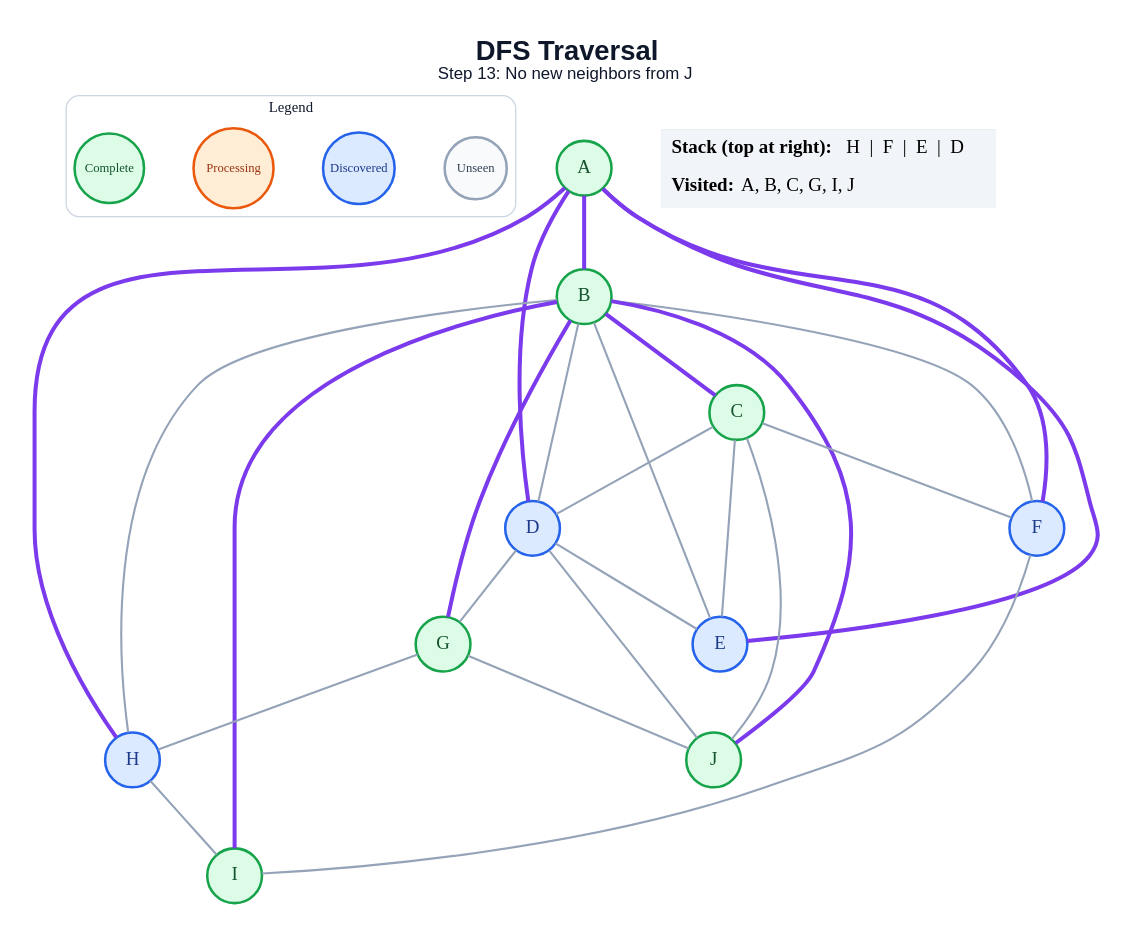
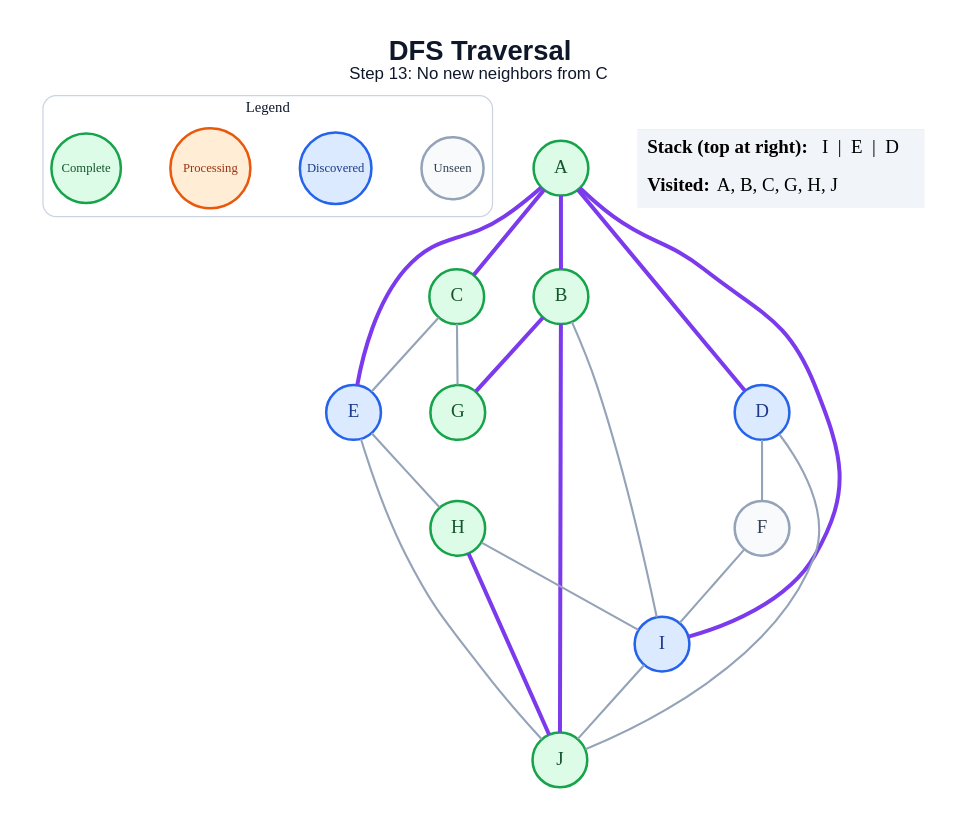
One commit to amanghodawala9/ai-slop changed the diagram in generated/dfs/step_13.dot. Above: the diagram before and after it, drawn with Graphviz. The commit also changed 178 other files, not shown here.

```diff
--- a/generated/dfs/step_13.dot
+++ b/generated/dfs/step_13.dot
@@ -1,53 +1,47 @@
 graph traversal {
   graph [layout=dot, rankdir=TB, bgcolor="#FFFFFF", pad="0.35", nodesep="0.65", ranksep="0.8", fontname="Arial"];
   node [shape=circle, style="filled", fontname="Arial Bold", fontsize=18, width=0.72, fixedsize=true, penwidth=2.4];
   edge [color="#94A3B8", penwidth=2.0];
-  label=<<B>DFS Traversal</B><BR/><FONT POINT-SIZE="16">Step 13: No new neighbors from J</FONT>>; labelloc="t"; fontsize=26; fontname="Arial"; fontcolor="#0F172A";
+  label=<<B>DFS Traversal</B><BR/><FONT POINT-SIZE="16">Step 13: No new neighbors from C</FONT>>; labelloc="t"; fontsize=26; fontname="Arial"; fontcolor="#0F172A";
   subgraph cluster_legend { label="Legend"; color="#CBD5E1"; penwidth=1.2; style="rounded"; fontsize=14; fontname="Arial Bold";
     key_unseen [label="Unseen", fillcolor="#F8FAFC", color="#94A3B8", fontcolor="#334155", fontsize=12, width=0.82];
     key_frontier [label="Discovered", fillcolor="#DBEAFE", color="#2563EB", fontcolor="#1E3A8A", fontsize=12, width=0.95];
     key_current [label="Processing", fillcolor="#FFEDD5", color="#EA580C", fontcolor="#9A3412", fontsize=12, width=1.05];
     key_done [label="Complete", fillcolor="#DCFCE7", color="#16A34A", fontcolor="#14532D", fontsize=12, width=0.92];
     { rank=same; key_unseen; key_frontier; key_current; key_done; }
   }
   A [fillcolor="#DCFCE7", color="#16A34A", fontcolor="#14532D"];
   B [fillcolor="#DCFCE7", color="#16A34A", fontcolor="#14532D"];
   C [fillcolor="#DCFCE7", color="#16A34A", fontcolor="#14532D"];
   D [fillcolor="#DBEAFE", color="#2563EB", fontcolor="#1E3A8A"];
   E [fillcolor="#DBEAFE", color="#2563EB", fontcolor="#1E3A8A"];
-  F [fillcolor="#DBEAFE", color="#2563EB", fontcolor="#1E3A8A"];
+  F [fillcolor="#F8FAFC", color="#94A3B8", fontcolor="#334155"];
   G [fillcolor="#DCFCE7", color="#16A34A", fontcolor="#14532D"];
-  H [fillcolor="#DBEAFE", color="#2563EB", fontcolor="#1E3A8A"];
-  I [fillcolor="#DCFCE7", color="#16A34A", fontcolor="#14532D"];
+  H [fillcolor="#DCFCE7", color="#16A34A", fontcolor="#14532D"];
+  I [fillcolor="#DBEAFE", color="#2563EB", fontcolor="#1E3A8A"];
   J [fillcolor="#DCFCE7", color="#16A34A", fontcolor="#14532D"];
   A -- B [color="#7C3AED", penwidth=3.8];
+  A -- C [color="#7C3AED", penwidth=3.8];
   A -- D [color="#7C3AED", penwidth=3.8];
   A -- E [color="#7C3AED", penwidth=3.8];
-  A -- F [color="#7C3AED", penwidth=3.8];
-  A -- H [color="#7C3AED", penwidth=3.8];
-  B -- C [color="#7C3AED", penwidth=3.8];
-  B -- D;
-  B -- E;
-  B -- F;
+  A -- I [color="#7C3AED", penwidth=3.8];
   B -- G [color="#7C3AED", penwidth=3.8];
-  B -- H;
-  B -- I [color="#7C3AED", penwidth=3.8];
+  B -- I;
   B -- J [color="#7C3AED", penwidth=3.8];
-  C -- D;
   C -- E;
-  C -- F;
-  C -- J;
-  D -- E;
-  D -- G;
+  C -- G;
+  D -- F;
   D -- J;
+  E -- H;
+  E -- J;
   F -- I;
-  G -- H;
-  G -- J;
   H -- I;
+  H -- J [color="#7C3AED", penwidth=3.8];
+  I -- J;
   status [shape=plain, fixedsize=false, width=0, height=0, margin=0, label=<
     <TABLE BORDER="0" CELLBORDER="0" CELLPADDING="7" BGCOLOR="#F1F5F9">
-      <TR><TD ALIGN="LEFT"><B>Stack (top at right):</B> H  |  F  |  E  |  D</TD></TR>
-      <TR><TD ALIGN="LEFT"><B>Visited:</B> A, B, C, G, I, J</TD></TR>
+      <TR><TD ALIGN="LEFT"><B>Stack (top at right):</B> I  |  E  |  D</TD></TR>
+      <TR><TD ALIGN="LEFT"><B>Visited:</B> A, B, C, G, H, J</TD></TR>
     </TABLE>
   >];
 }
```
